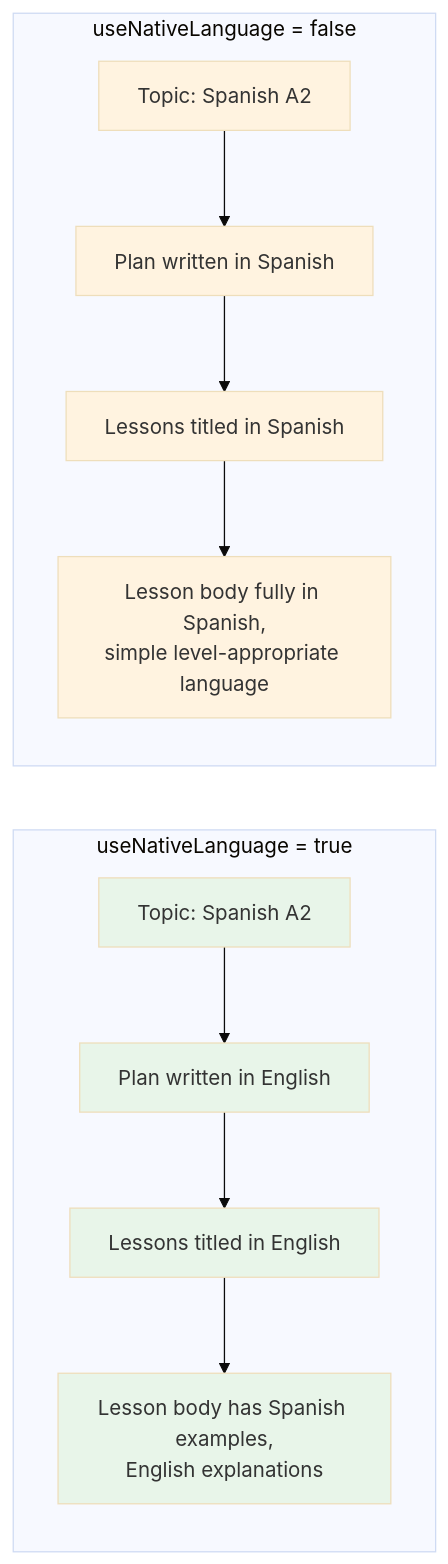
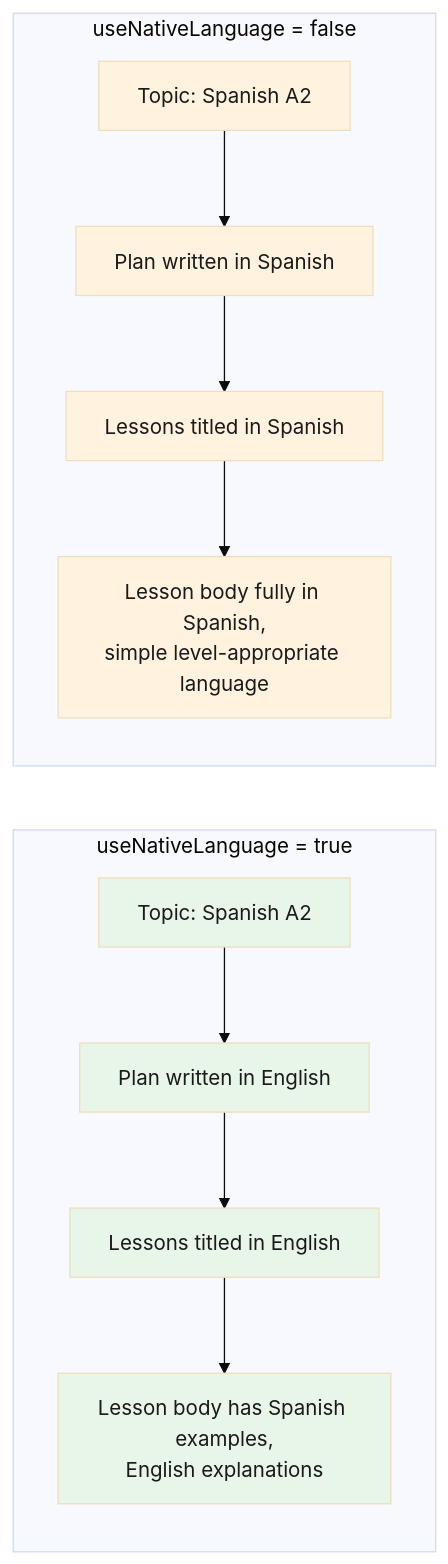
Before and after one commit to Dockdep/LessonHub: the third of 3 diagrams in diagrams/flows/lesson-plan-language.md, drawn with Mermaid (base theme). The commit also changed 26 other files, not shown here.

````diff
--- a/diagrams/flows/lesson-plan-language.md
+++ b/diagrams/flows/lesson-plan-language.md
@@ -96,21 +96,21 @@
 ```mermaid
 flowchart LR
-  classDef nat fill:#e8f5e9
-  classDef imm fill:#fff3e0
+  classDef nat fill:#e8f5e9,color:#1a1a1a
+  classDef imm fill:#fff3e0,color:#1a1a1a
 
   subgraph native[useNativeLanguage = true]
     direction TB
     nat_in[Topic: Spanish A2]:::nat
     nat_in --> nat_pl[Plan written in English]:::nat
     nat_pl --> nat_les[Lessons titled in English]:::nat
     nat_les --> nat_ex[Lesson body has Spanish examples,<br/>English explanations]:::nat
   end
 
   subgraph immersive[useNativeLanguage = false]
     direction TB
     imm_in[Topic: Spanish A2]:::imm
     imm_in --> imm_pl[Plan written in Spanish]:::imm
     imm_pl --> imm_les[Lessons titled in Spanish]:::imm
     imm_les --> imm_ex[Lesson body fully in Spanish,<br/>simple level-appropriate language]:::imm
   end
 ```
````
